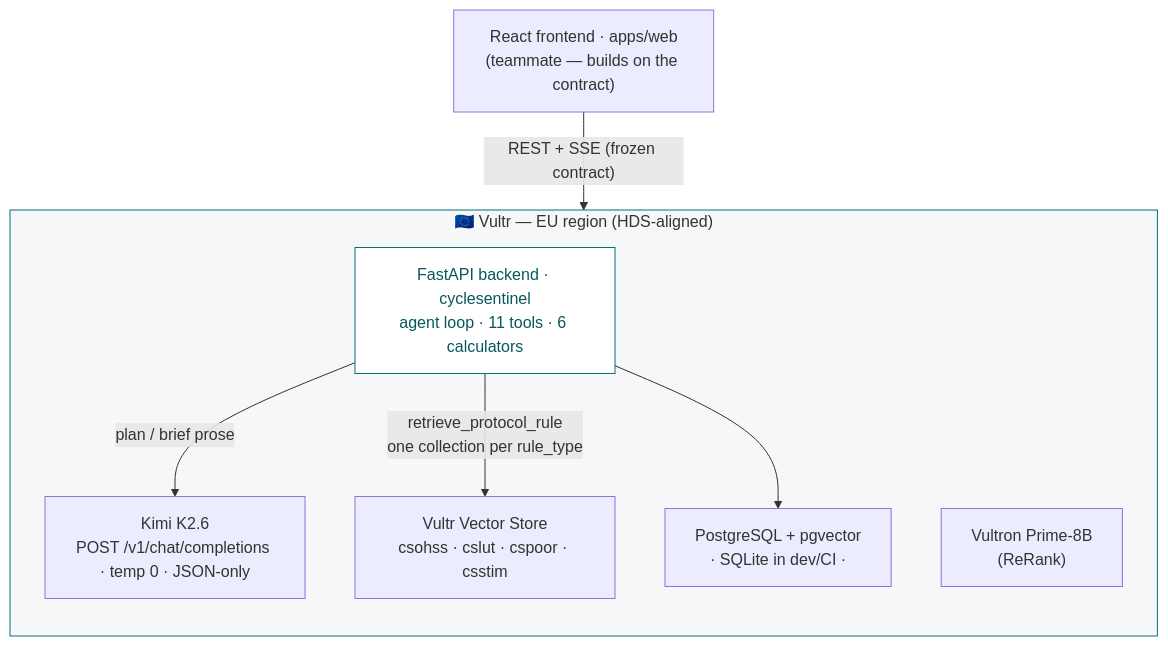
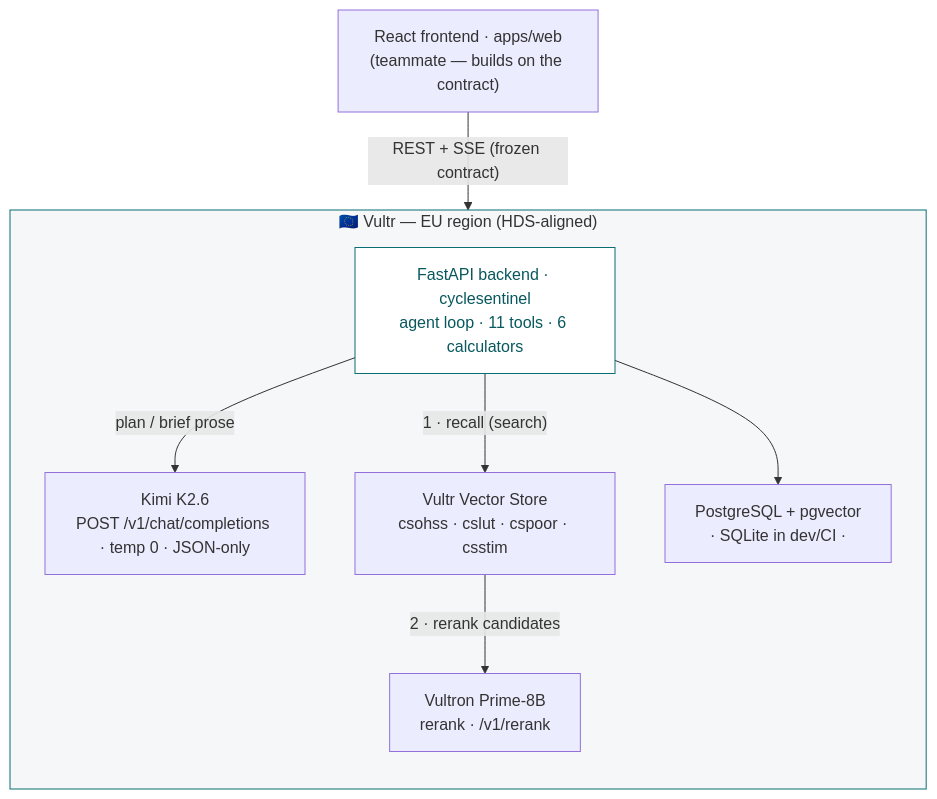
Before and after one commit to Meatisdelicious/raise-summit-hackathon-2026: the third of 3 diagrams in README.md, drawn with Mermaid. The commit also changed other lines of this file and 3 other files, not shown here.

First line of the commit message:
feat(retrieval): actually use Vultron Prime-8B — Vector Store recall + /v1/rerank

````diff
--- a/README.md
+++ b/README.md
@@ -145,19 +145,20 @@
 ```mermaid
 flowchart TB
     Web["React frontend · apps/web<br/>(teammate — builds on the contract)"]
     subgraph EU["🇪🇺 Vultr — EU region (HDS-aligned)"]
         direction TB
         API["FastAPI backend · cyclesentinel<br/>agent loop · 11 tools · 6 calculators"]
         LLM["Kimi K2.6<br/>POST /v1/chat/completions · temp 0 · JSON-only"]
         VS["Vultr Vector Store<br/>csohss · cslut · cspoor · csstim"]
-        RR["Vultron Prime-8B<br/>(ReRank)"]
+        RR["Vultron Prime-8B<br/>rerank · /v1/rerank"]
         DB["PostgreSQL + pgvector<br/>· SQLite in dev/CI ·"]
     end
     Web -->|"REST + SSE (frozen contract)"| API
     API -->|"plan / brief prose"| LLM
-    API -->|"retrieve_protocol_rule<br/>one collection per rule_type"| VS
+    API -->|"1 · recall (search)"| VS
+    VS -->|"2 · rerank candidates"| RR
     API --> DB
 
     style EU fill:#F5F7F8,stroke:#0B6E75
     style API fill:#FFFFFF,stroke:#0B6E75,color:#08585E
 ```
````
